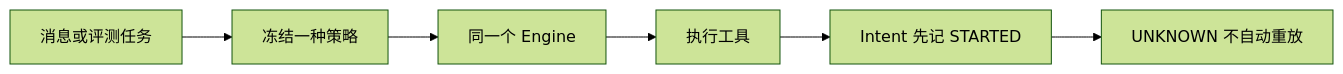
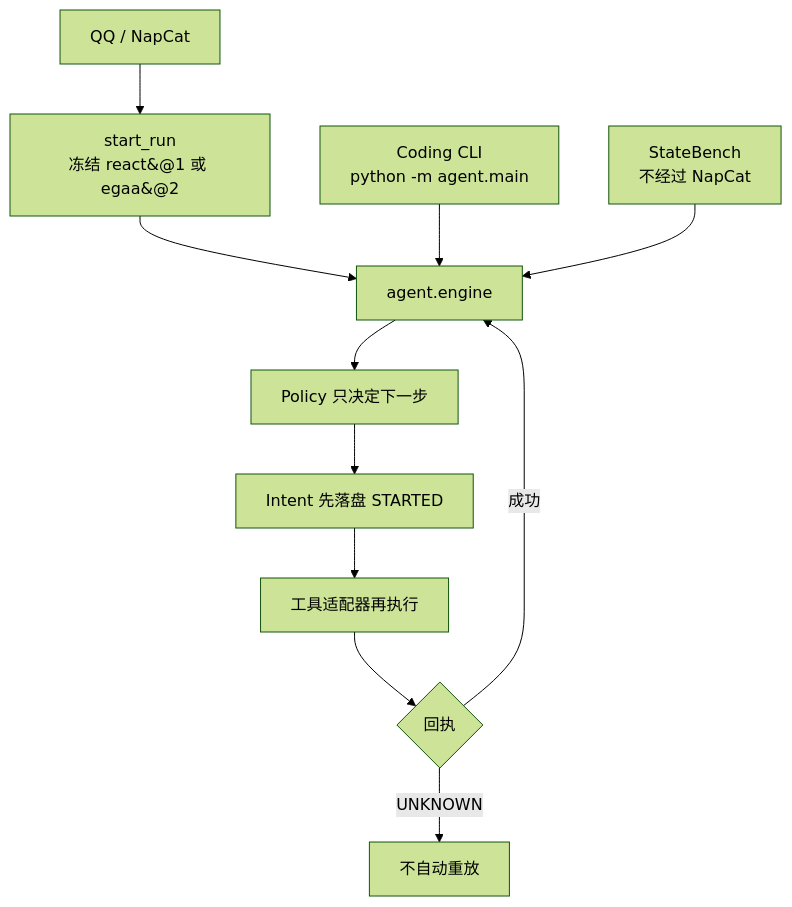
One commit to Covertrick/WhaleAgent changed the diagram in README.md. Above: the diagram before and after it, drawn with Mermaid (forest theme). The commit also changed other lines of this file, not shown here.

````diff
--- a/README.md
+++ b/README.md
@@ -44,8 +21,13 @@
 ```mermaid
-flowchart LR
-  Task["消息或评测任务"] --> Freeze["冻结一种策略"]
-  Freeze --> Engine["同一个 Engine"]
-  Engine --> Tool["执行工具"]
-  Tool --> Ledger["Intent 先记 STARTED"]
-  Ledger --> Hold["UNKNOWN 不自动重放"]
+flowchart TD
+  QQ["QQ / NapCat"] --> Run["start_run<br>冻结 react&#64;1 或 egaa&#64;2"]
+  Run --> Engine["agent.engine"]
+  CLI["Coding CLI<br>python -m agent.main"] --> Engine
+  Bench["StateBench<br>不经过 NapCat"] --> Engine
+  Engine --> Policy["Policy 只决定下一步"]
+  Policy --> Started["Intent 先落盘 STARTED"]
+  Started --> Tool["工具适配器再执行"]
+  Tool --> Receipt{"回执"}
+  Receipt -->|成功| Engine
+  Receipt -->|UNKNOWN| Hold["不自动重放"]
 ```
````
